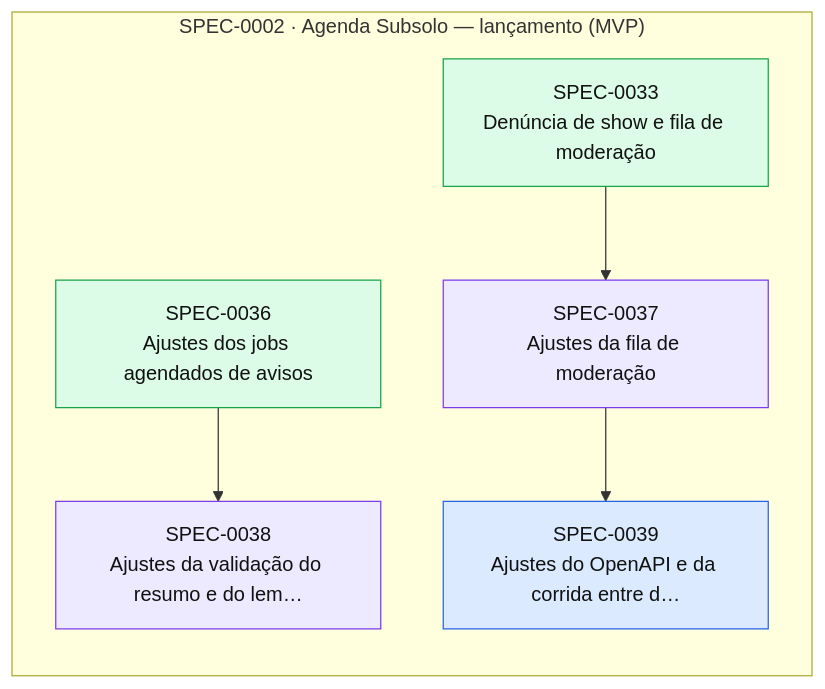
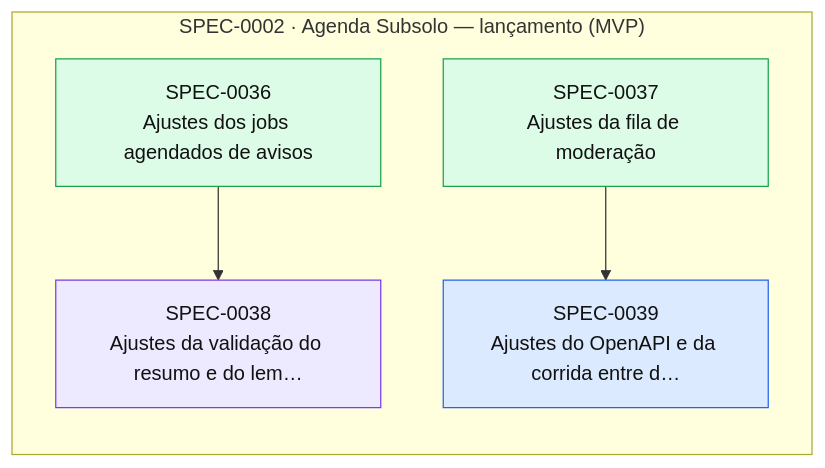
The diagram in docs/specs/INDEX.md (thomasravache/subsolo), drawn with Mermaid before and after one commit. The commit also changed other lines of this file and 2 other files, not shown here.

First line of the commit message:
docs(sdd): close wave 21 (SPEC-0037)

````diff
--- a/docs/specs/INDEX.md
+++ b/docs/specs/INDEX.md
@@ -68,18 +67,16 @@
 ```mermaid
 flowchart LR
   subgraph E0002["SPEC-0002 · Agenda Subsolo — lançamento (MVP)"]
-    S0033["SPEC-0033<br/>Denúncia de show e fila de moderação"]:::implemented
     S0036["SPEC-0036<br/>Ajustes dos jobs agendados de avisos"]:::implemented
-    S0037["SPEC-0037<br/>Ajustes da fila de moderação"]:::inprogress
+    S0037["SPEC-0037<br/>Ajustes da fila de moderação"]:::implemented
     S0038["SPEC-0038<br/>Ajustes da validação do resumo e do lem…"]:::inprogress
     S0039["SPEC-0039<br/>Ajustes do OpenAPI e da corrida entre d…"]:::approved
   end
-  S0033 --> S0037
   S0036 --> S0038
   S0037 --> S0039
   classDef proposed fill:#fef3c7,stroke:#d97706,color:#111
   classDef approved fill:#dbeafe,stroke:#2563eb,color:#111
   classDef inprogress fill:#ede9fe,stroke:#7c3aed,color:#111
   classDef implemented fill:#dcfce7,stroke:#16a34a,color:#111
   classDef deprecated fill:#f3f4f6,stroke:#9ca3af,color:#6b7280
 ```
````
